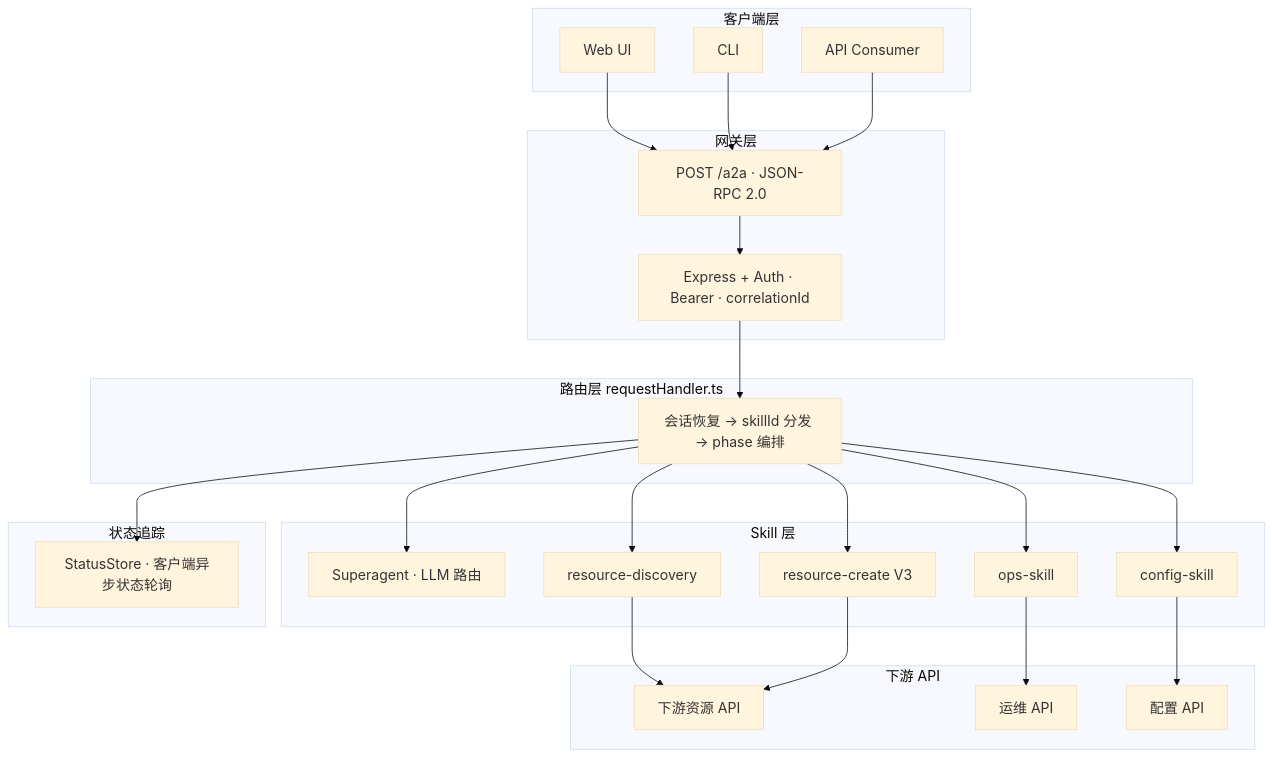
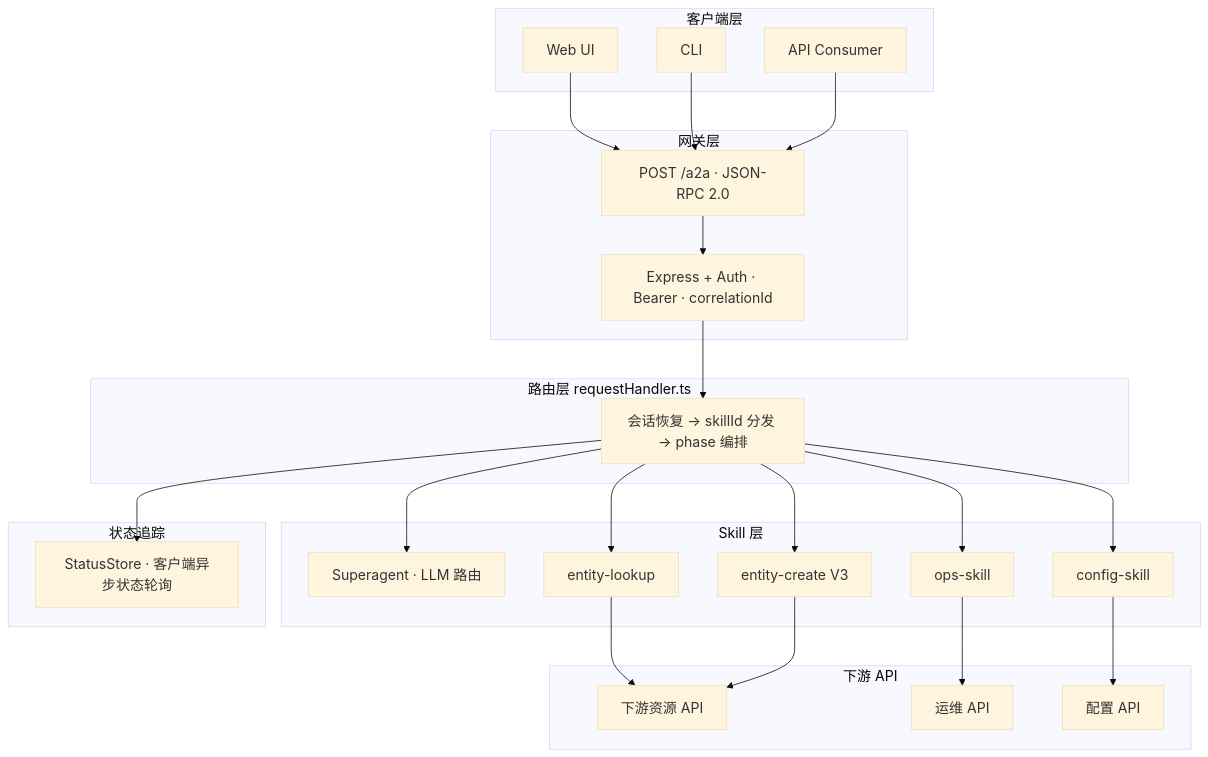
Before and after one commit to yolosun4488/anes-immigration-analysis: the first of 2 diagrams in A2A_Agent_Design_DOC.md, drawn with Mermaid. The commit also changed other lines of this file, not shown here.

First line of the commit message:
docs: 泛化 item-discovery 等业务术语

````diff
--- a/A2A_Agent_Design_DOC.md
+++ b/A2A_Agent_Design_DOC.md
@@ -166,44 +166,44 @@
 ```mermaid
 %%{init: {'theme': 'base', 'themeVariables': { 'fontSize': '18px'}}}%%
 flowchart TB
     subgraph L1["客户端层"]
         C1["Web UI"]
         C2["CLI"]
         C3["API Consumer"]
     end
 
     subgraph L2["网关层"]
         A2A["POST /a2a · JSON-RPC 2.0"]
         AUTH["Express + Auth · Bearer · correlationId"]
     end
 
     subgraph L3["路由层 requestHandler.ts"]
         TH["会话恢复 → skillId 分发 → phase 编排"]
     end
 
     subgraph L4["Skill 层"]
         SA["Superagent · LLM 路由"]
-        SK1["resource-discovery"]
-        SK2["resource-create V3"]
+        SK1["entity-lookup"]
+        SK2["entity-create V3"]
         SK3["ops-skill"]
         SK4["config-skill"]
     end
 
     subgraph L5["下游 API"]
         API1["下游资源 API"]
         API2["运维 API"]
         API3["配置 API"]
     end
 
     subgraph L6["状态追踪"]
         ST["StatusStore · 客户端异步状态轮询"]
     end
 
     C1 & C2 & C3 --> A2A --> AUTH --> TH
     TH --> SA
     TH --> SK1 & SK2 & SK3 & SK4
     SK1 & SK2 --> API1
     SK3 --> API2
     SK4 --> API3
     TH --> ST
 ```
````
